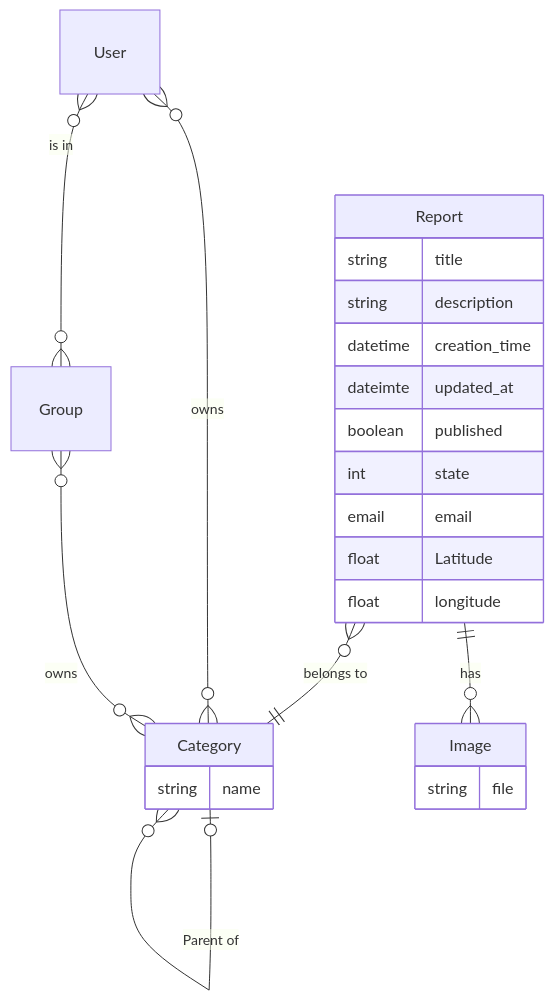
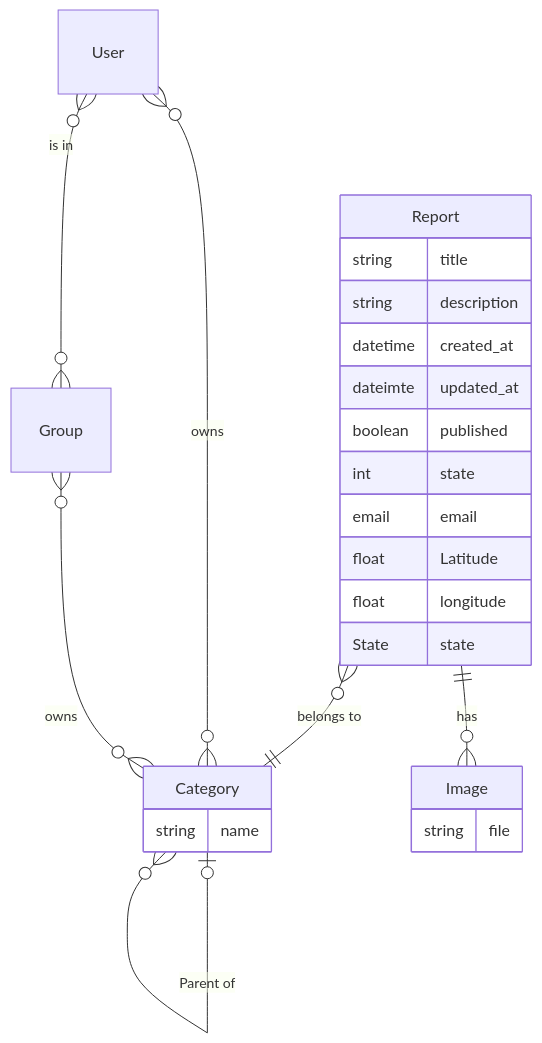
The diagram in doc/info/model-info.rst (jmenne07/pinpoint-report), drawn with Mermaid before and after one commit. The commit also changed other lines of this file and 2 other files, not shown here.

Commit message:
Remove of already finished todos

```diff
--- a/doc/info/model-info.rst
+++ b/doc/info/model-info.rst
@@ -20,28 +18,29 @@
 .. mermaid::
 
      erDiagram
         Report{
             string title
             string description
-            datetime creation_time
+            datetime created_at
             dateimte updated_at
             boolean published
             int state
             email email
             float Latitude
             float longitude
+            State state
         }
         Category{
             string name
         }
         Image{
             string file
         }
         User
         Group
         Report }o--|| Category : "belongs to"
         Report || -- o{ Image: "has"
         Category |o--o{Category: "Parent of"
         User }o--o{ Group : "is in"
         User }o--o{ Category: "owns"
         Group }o--o{ Category: "owns"
```
